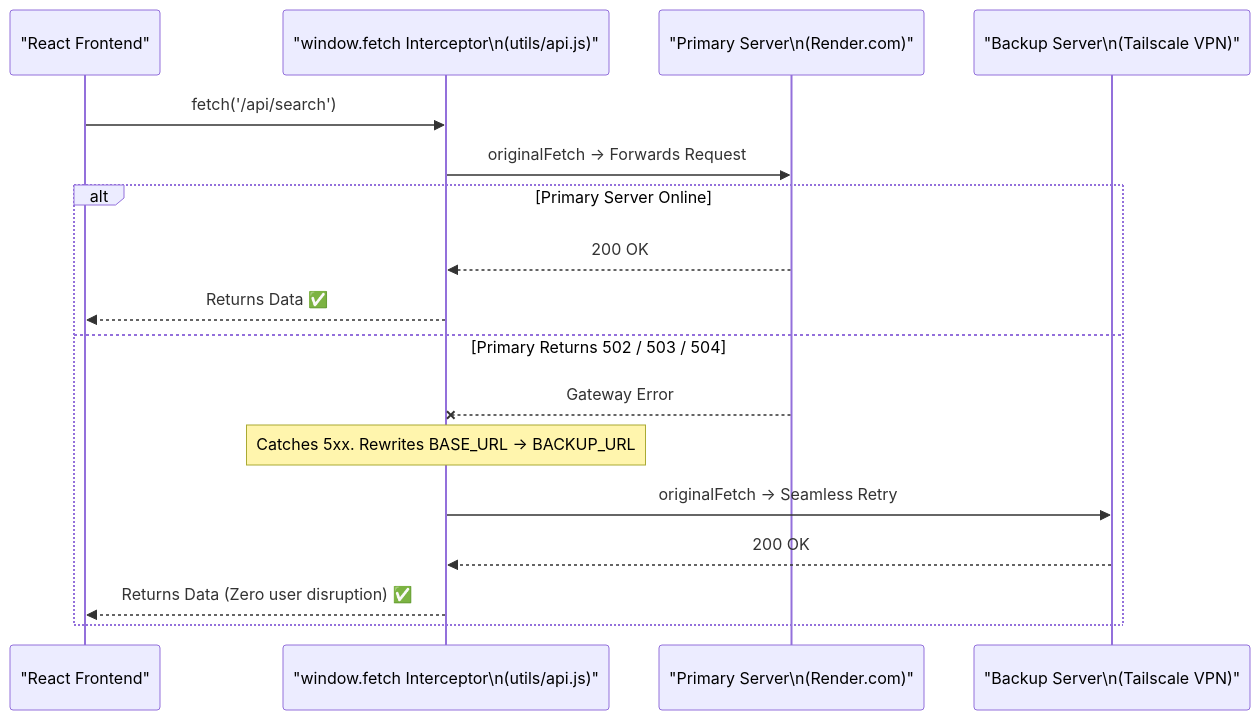
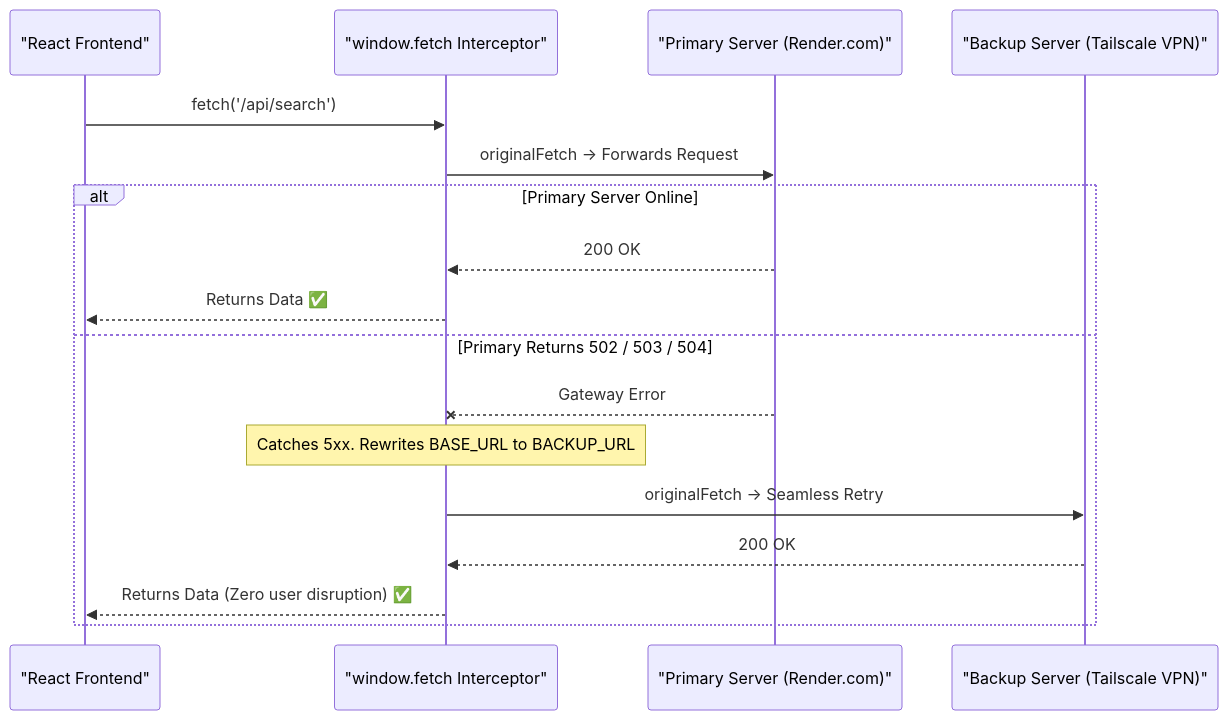
The fourth of 11 diagrams in SYSTEM_ARCHITECTURE_DEEP_DIVE.md (CodeWithPritom/ScholarHub-frontend), drawn with Mermaid before and after one commit. The commit also changed other lines of this file and 13 other files, not shown here.

````diff
--- a/SYSTEM_ARCHITECTURE_DEEP_DIVE.md
+++ b/SYSTEM_ARCHITECTURE_DEEP_DIVE.md
@@ -97,21 +218,21 @@
 ```mermaid
 sequenceDiagram
     participant ReactClient as "React Frontend"
-    participant Interceptor as "window.fetch Interceptor\n(utils/api.js)"
-    participant Primary as "Primary Server\n(Render.com)"
-    participant Backup as "Backup Server\n(Tailscale VPN)"
+    participant Interceptor as "window.fetch Interceptor"
+    participant Primary as "Primary Server (Render.com)"
+    participant Backup as "Backup Server (Tailscale VPN)"
 
     ReactClient->>Interceptor: fetch('/api/search')
     Interceptor->>Primary: originalFetch → Forwards Request
 
     alt Primary Server Online
         Primary-->>Interceptor: 200 OK
         Interceptor-->>ReactClient: Returns Data ✅
     else Primary Returns 502 / 503 / 504
         Primary--XInterceptor: Gateway Error
-        Note over Interceptor: Catches 5xx. Rewrites BASE_URL → BACKUP_URL
+        Note over Interceptor: Catches 5xx. Rewrites BASE_URL to BACKUP_URL
         Interceptor->>Backup: originalFetch → Seamless Retry
         Backup-->>Interceptor: 200 OK
         Interceptor-->>ReactClient: Returns Data (Zero user disruption) ✅
     end
 ```
````
